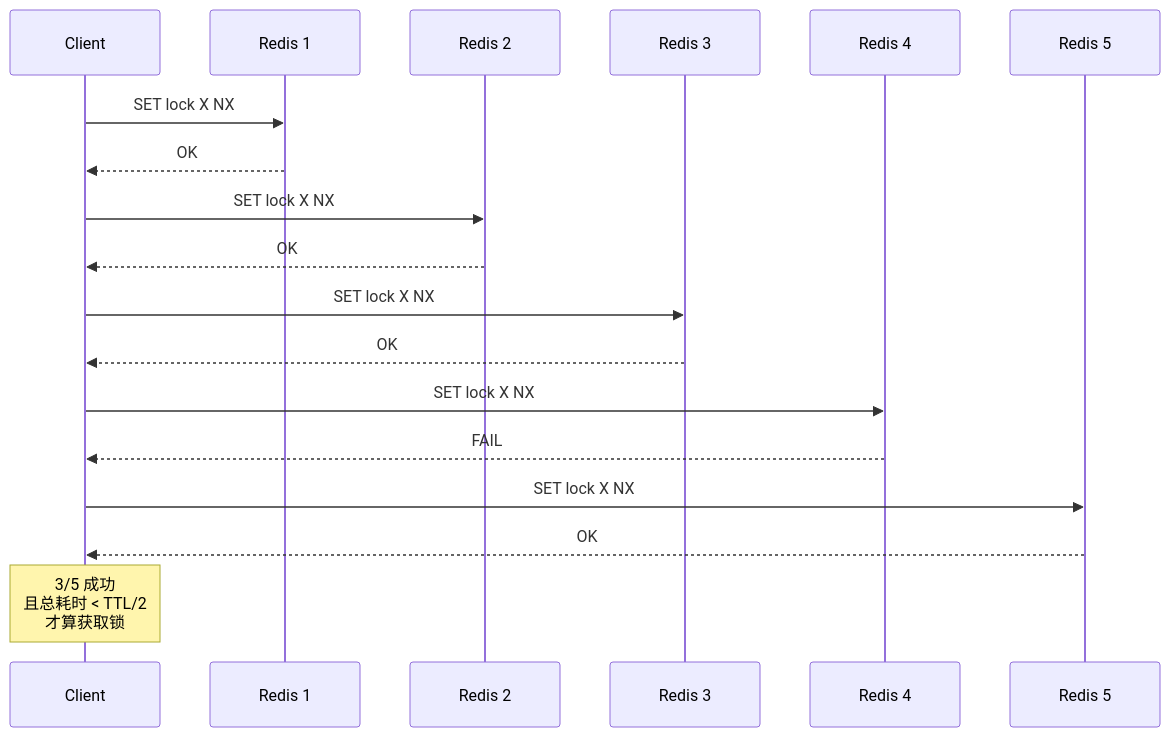
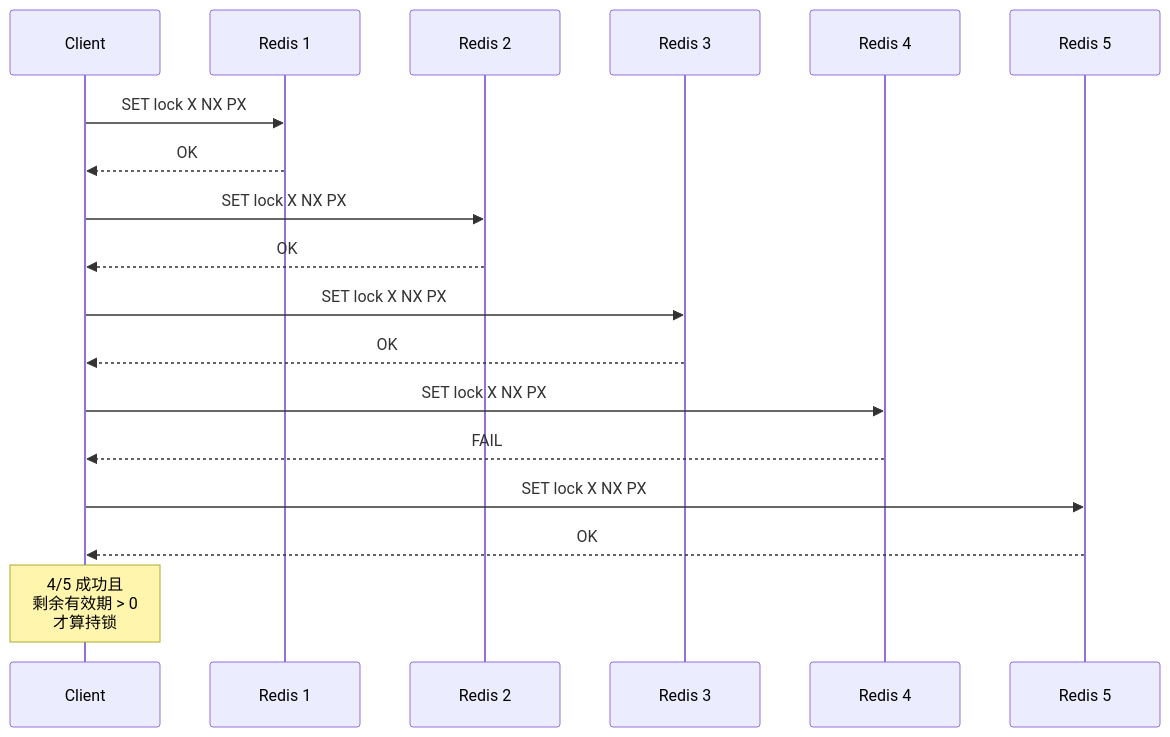
One commit to tanteng/blog changed the first of 4 diagrams in content/posts/distributed-lock-comparison.md. Above: the diagram before and after it, drawn with Mermaid. The commit also changed other lines of this file, not shown here.

````diff
--- a/content/posts/distributed-lock-comparison.md
+++ b/content/posts/distributed-lock-comparison.md
@@ -76,21 +63,21 @@
 ```mermaid
 sequenceDiagram
     participant C as Client
     participant R1 as Redis 1
     participant R2 as Redis 2
     participant R3 as Redis 3
     participant R4 as Redis 4
     participant R5 as Redis 5
 
-    C->>R1: SET lock X NX
+    C->>R1: SET lock X NX PX
     R1-->>C: OK
-    C->>R2: SET lock X NX
+    C->>R2: SET lock X NX PX
     R2-->>C: OK
-    C->>R3: SET lock X NX
+    C->>R3: SET lock X NX PX
     R3-->>C: OK
-    C->>R4: SET lock X NX
+    C->>R4: SET lock X NX PX
     R4-->>C: FAIL
-    C->>R5: SET lock X NX
+    C->>R5: SET lock X NX PX
     R5-->>C: OK
-    Note over C: 3/5 成功<br/>且总耗时 < TTL/2<br/>才算获取锁
+    Note over C: 4/5 成功且<br/>剩余有效期 > 0<br/>才算持锁
 ```
````
